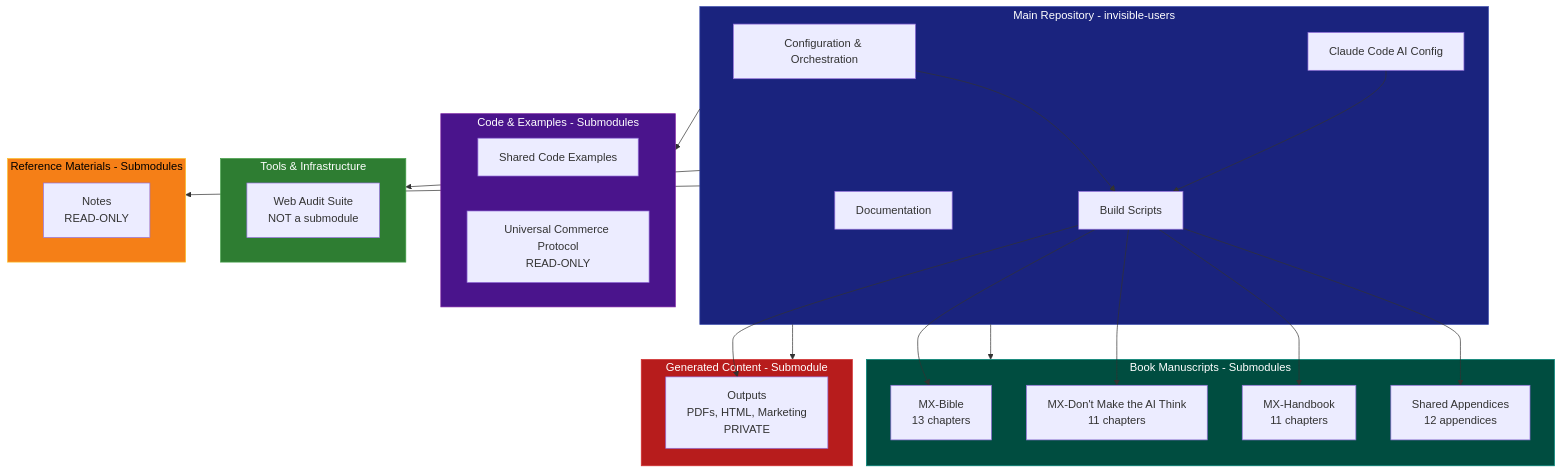
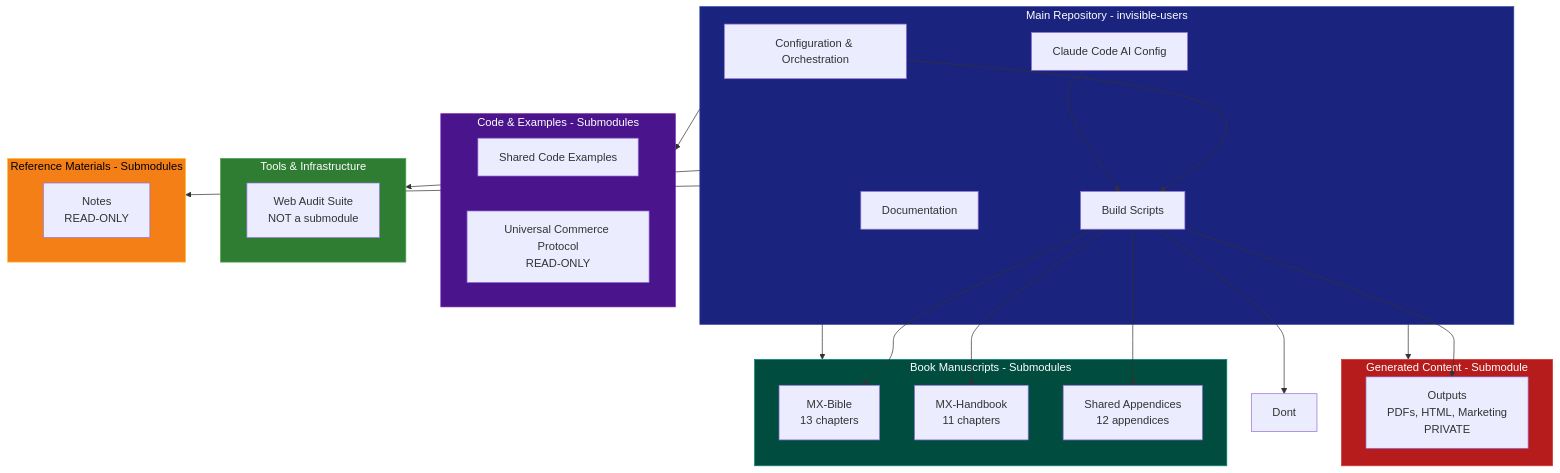
Before and after one commit to ddttom/invisible-users: the first of 4 diagrams in docs/architecture/doc-architecture.md, drawn with Mermaid. The commit also changed other lines of this file and 5 other files, not shown here.

````diff
--- a/docs/architecture/doc-architecture.md
+++ b/docs/architecture/doc-architecture.md
@@ -9,55 +9,54 @@
 ```mermaid
 graph TB
     subgraph MainRepo[Main Repository - invisible-users]
         Config[Configuration & Orchestration]
         Scripts[Build Scripts]
         Claude[Claude Code AI Config]
         Docs[Documentation]
 
         Config --> Scripts
         Claude --> Scripts
     end
 
     subgraph Books[Book Manuscripts - Submodules]
         Bible[MX-Bible<br/>13 chapters]
-        Dont[MX-Don't Make the AI Think<br/>11 chapters]
         Handbook[MX-Handbook<br/>11 chapters]
         Appendices[Shared Appendices<br/>12 appendices]
     end
 
     subgraph Code[Code & Examples - Submodules]
         Examples[Shared Code Examples]
         UCP[Universal Commerce Protocol<br/>READ-ONLY]
     end
 
     subgraph Tools[Tools & Infrastructure]
         Audit[Web Audit Suite<br/>NOT a submodule]
     end
 
     subgraph Output[Generated Content - Submodule]
         OutputsPrivate[Outputs<br/>PDFs, HTML, Marketing<br/>PRIVATE]
     end
 
     subgraph ReadOnly[Reference Materials - Submodules]
         Notes[Notes<br/>READ-ONLY]
     end
 
     MainRepo --> Books
     MainRepo --> Code
     MainRepo --> Tools
     MainRepo --> Output
     MainRepo --> ReadOnly
 
     Scripts --> Bible
     Scripts --> Dont
     Scripts --> Handbook
     Scripts --> Appendices
     Scripts --> OutputsPrivate
 
     style MainRepo fill:#1a237e,stroke:#3949ab,color:#fff
     style Books fill:#004d40,stroke:#00897b,color:#fff
     style Code fill:#4a148c,stroke:#7b1fa2,color:#fff
     style Tools fill:#2e7d32,stroke:#43a047,color:#fff
     style Output fill:#b71c1c,stroke:#d32f2f,color:#fff
     style ReadOnly fill:#f57f17,stroke:#fbc02d,color:#000
 ```
````
